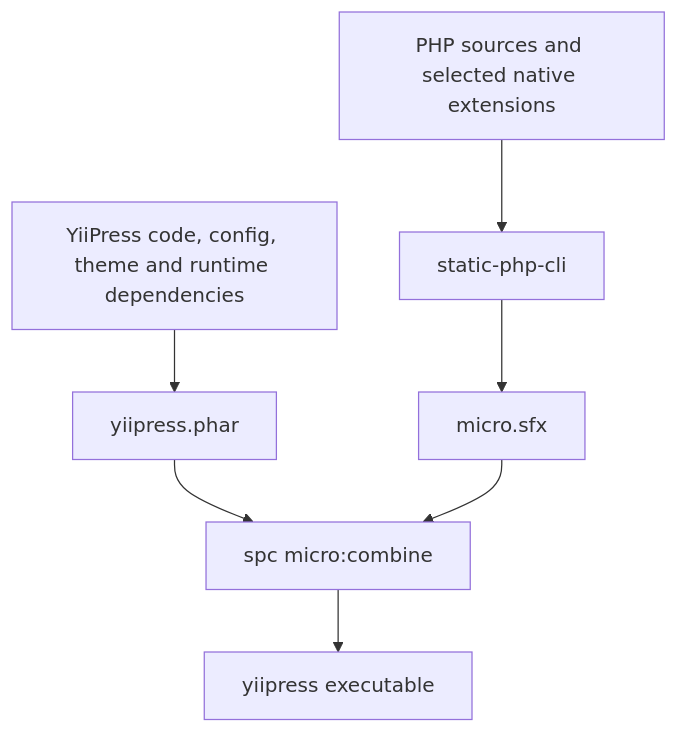
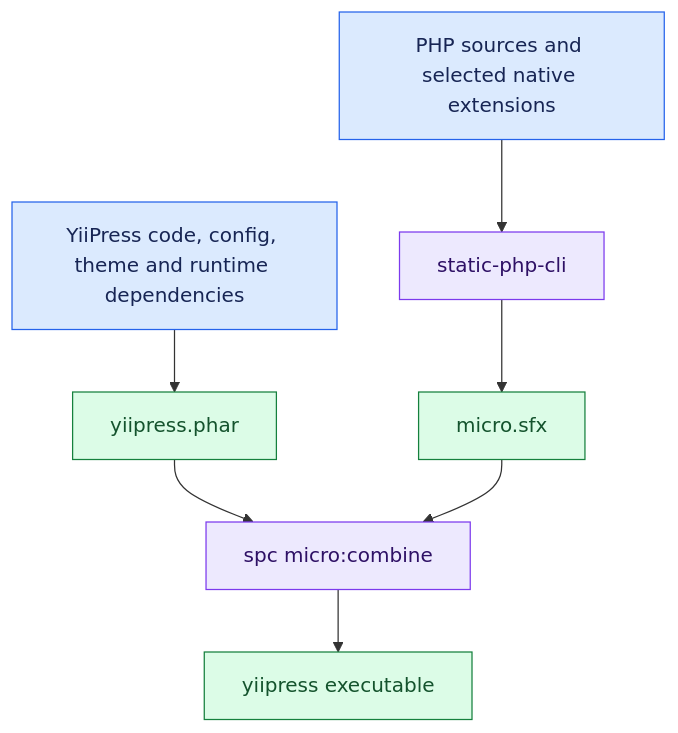
The first of 5 diagrams in docs/blog/2026-11-02-how-it-works.md (yiipress/engine), drawn with Mermaid before and after one commit. The commit also changed other lines of this file and 2 other files, not shown here.

Commit message:
Improve guide title and How it works diagrams (#198)

````diff
--- a/docs/blog/2026-11-02-how-it-works.md
+++ b/docs/blog/2026-11-02-how-it-works.md
@@ -23,9 +23,17 @@
 ```mermaid
 flowchart TD
+    accTitle: Assemble the YiiPress executable
+    accDescr: Application files become a PHAR archive. PHP and native extensions become micro.sfx. The two are combined into the executable.
     app["YiiPress code, config, theme and runtime dependencies"] --> phar["yiipress.phar"]
     php["PHP sources and selected native extensions"] --> spc["static-php-cli"]
     spc --> micro["micro.sfx"]
     phar --> combine["spc micro:combine"]
     micro --> combine
     combine --> executable["yiipress executable"]
+    classDef input fill:#dbeafe,stroke:#2563eb,color:#172554
+    classDef tool fill:#ede9fe,stroke:#7c3aed,color:#2e1065
+    classDef output fill:#dcfce7,stroke:#15803d,color:#14532d
+    class app,php input
+    class spc,combine tool
+    class phar,micro,executable output
 ```
````
